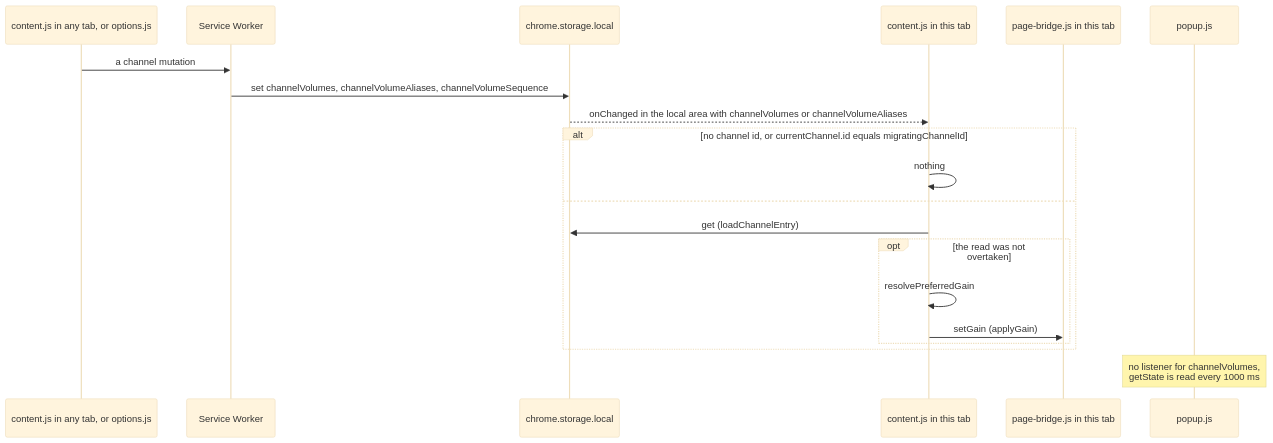
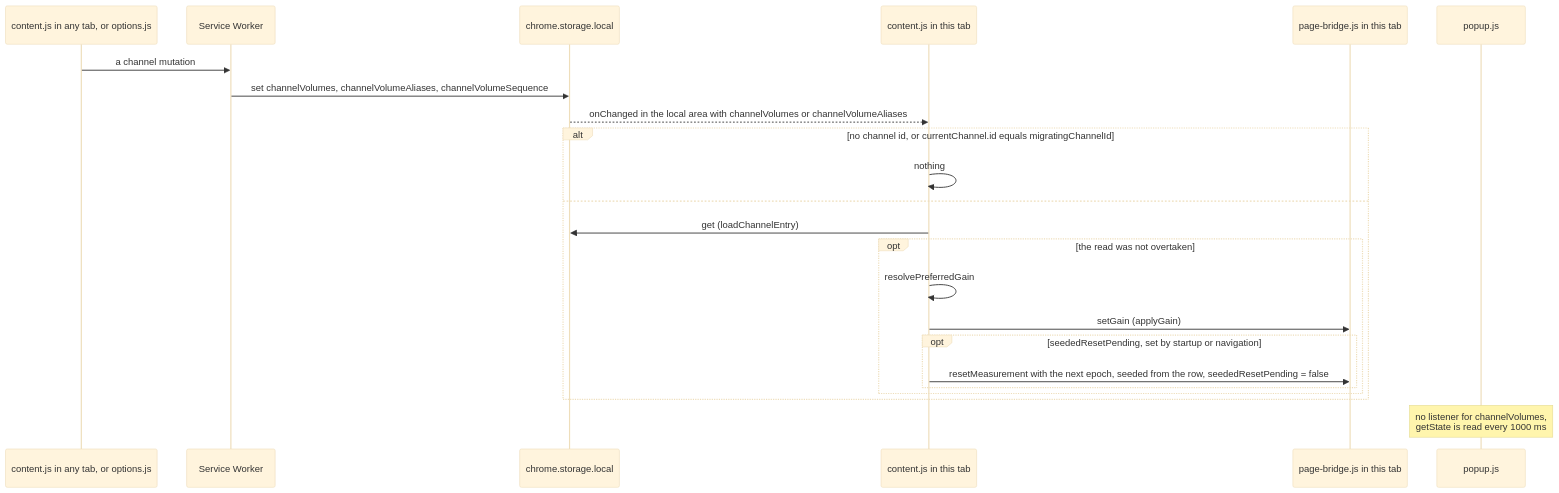
One commit to semnil/twitch-channel-volume changed diagram 15 of 17 in docs/gain-change-and-save.md. Above: the diagram before and after it, drawn with Mermaid (base theme). The commit also changed other lines of this file and 4 other files, not shown here.

First line of the commit message:
fix: send the seeded measurement reset from whichever read of the row wins

````diff
--- a/docs/gain-change-and-save.md
+++ b/docs/gain-change-and-save.md
@@ -630,22 +632,25 @@
 ```mermaid
 sequenceDiagram
   participant writer as content.js in any tab, or options.js
   participant sw as Service Worker
   participant storage as chrome.storage.local
   participant content as content.js in this tab
   participant bridge as page-bridge.js in this tab
   participant popup as popup.js
   writer->>sw: a channel mutation
   sw->>storage: set channelVolumes, channelVolumeAliases, channelVolumeSequence
   storage-->>content: onChanged in the local area with channelVolumes or channelVolumeAliases
   alt no channel id, or currentChannel.id equals migratingChannelId
     content->>content: nothing
   else
     content->>storage: get (loadChannelEntry)
     opt the read was not overtaken
       content->>content: resolvePreferredGain
       content->>bridge: setGain (applyGain)
+      opt seededResetPending, set by startup or navigation
+        content->>bridge: resetMeasurement with the next epoch, seeded from the row, seededResetPending = false
+      end
     end
   end
   Note over popup: no listener for channelVolumes,<br>getState is read every 1000 ms
 ```
````
